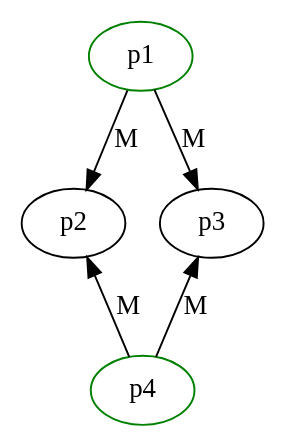
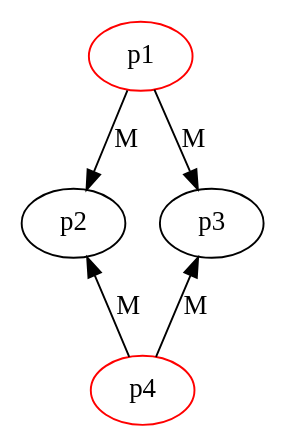
The diagram in src/a_6/doc/graphviz/example3.dot (evnu/apuvs), drawn with Graphviz before and after one commit. The commit also changed 1 other file, not shown here.

```diff
--- a/src/a_6/doc/graphviz/example3.dot
+++ b/src/a_6/doc/graphviz/example3.dot
@@ -1,12 +1,12 @@
 graph G {
 /*
     3. part of the example
-    green processes send markers
+    red processes send markers on all channels
 */
-    p1 [color="green"];
-    p4 [color="green"];
+    p1 [color="red"];
+    p4 [color="red"];
     p1 -- p2 [dir=forward, label="M"]
     p1 -- p3 [dir=forward, label="M"]
     p2 -- p4 [dir=back, label="M"]
     p3 -- p4 [dir=back, label="M"]
 }
```
